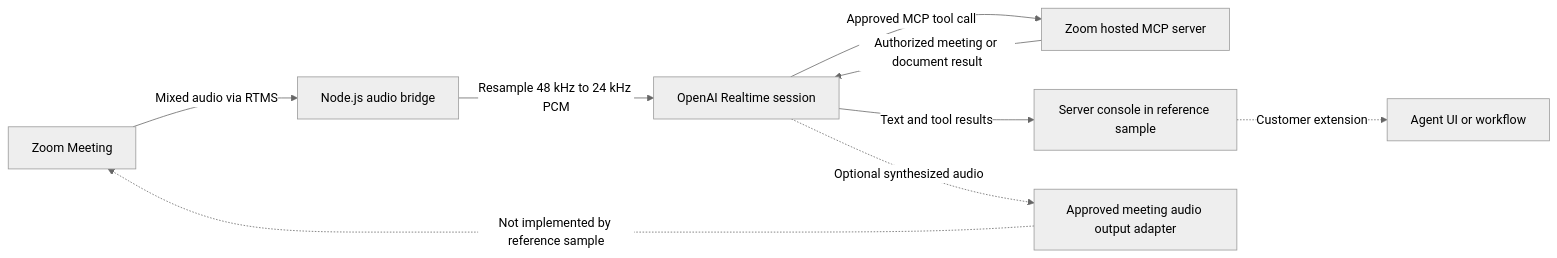
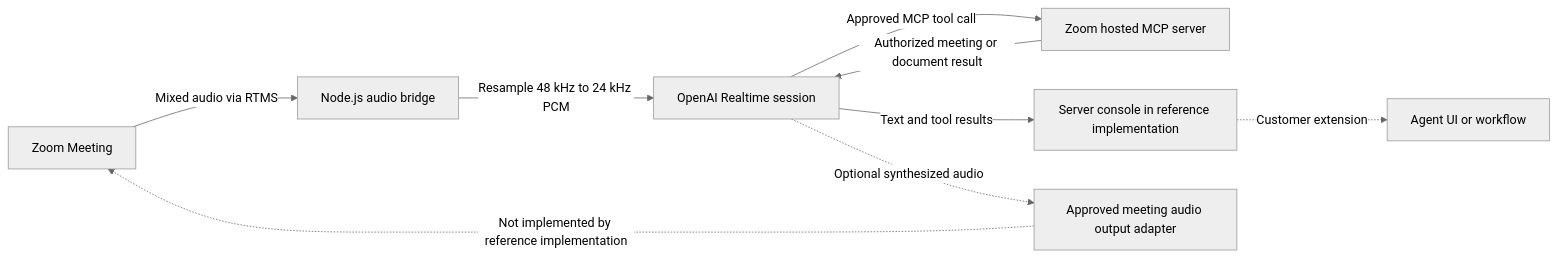
One commit to zoom/blueprints changed the diagram in blueprints/openai-meeting-voice-agent/index.md. Above: the diagram before and after it, drawn with Mermaid (neutral theme). The commit also changed other lines of this file and 1 other file, not shown here.

Commit message:
Align meeting agent Blueprint with reference guidance

````diff
--- a/blueprints/openai-meeting-voice-agent/index.md
+++ b/blueprints/openai-meeting-voice-agent/index.md
@@ -55,11 +55,11 @@
 ```mermaid
 flowchart LR
     A[Zoom Meeting] -->|Mixed audio via RTMS| B[Node.js audio bridge]
     B -->|Resample 48 kHz to 24 kHz PCM| C[OpenAI Realtime session]
     C -->|Approved MCP tool call| D[Zoom hosted MCP server]
     D -->|Authorized meeting or document result| C
-    C -->|Text and tool results| E[Server console in reference sample]
+    C -->|Text and tool results| E[Server console in reference implementation]
     E -.->|Customer extension| G[Agent UI or workflow]
     C -.->|Optional synthesized audio| F[Approved meeting audio output adapter]
-    F -.->|Not implemented by reference sample| A
+    F -.->|Not implemented by reference implementation| A
 ```
````
